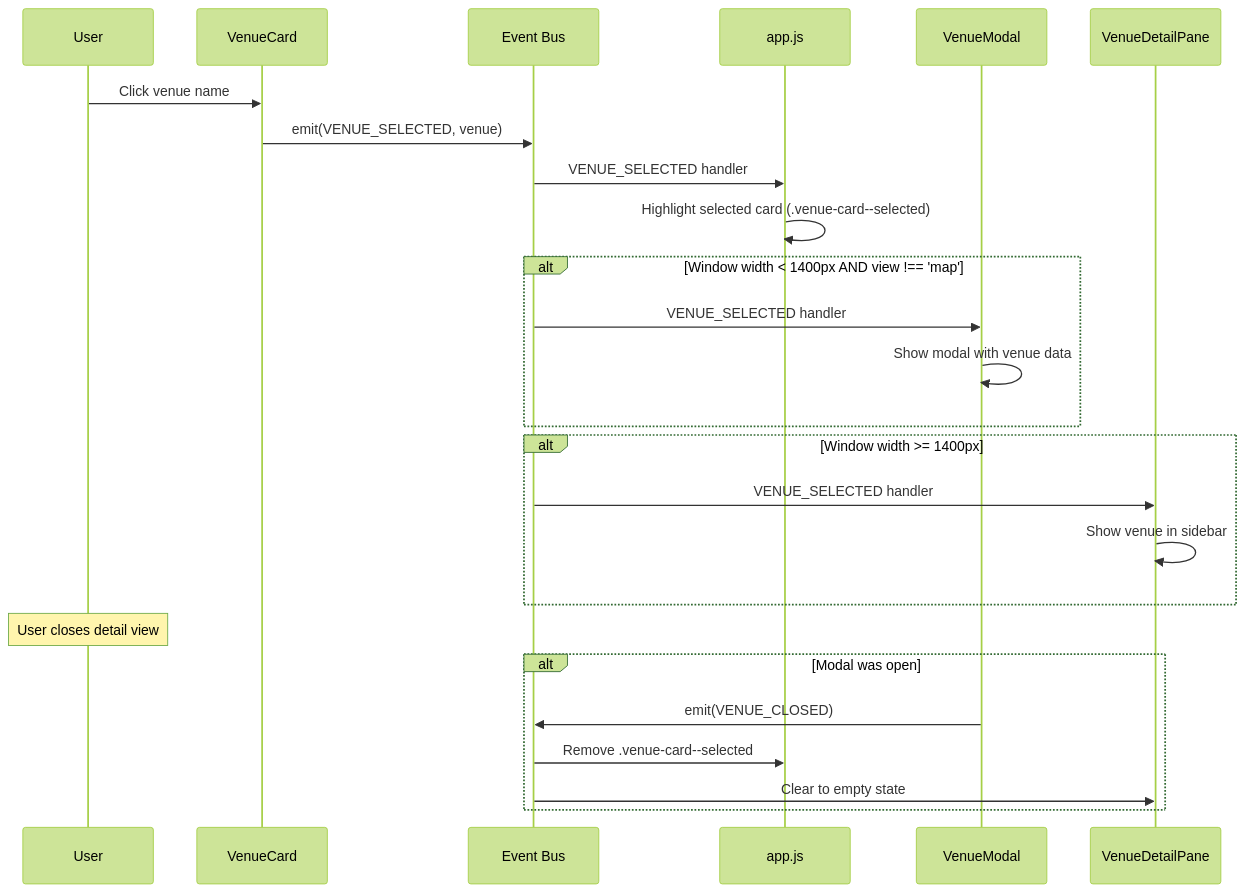
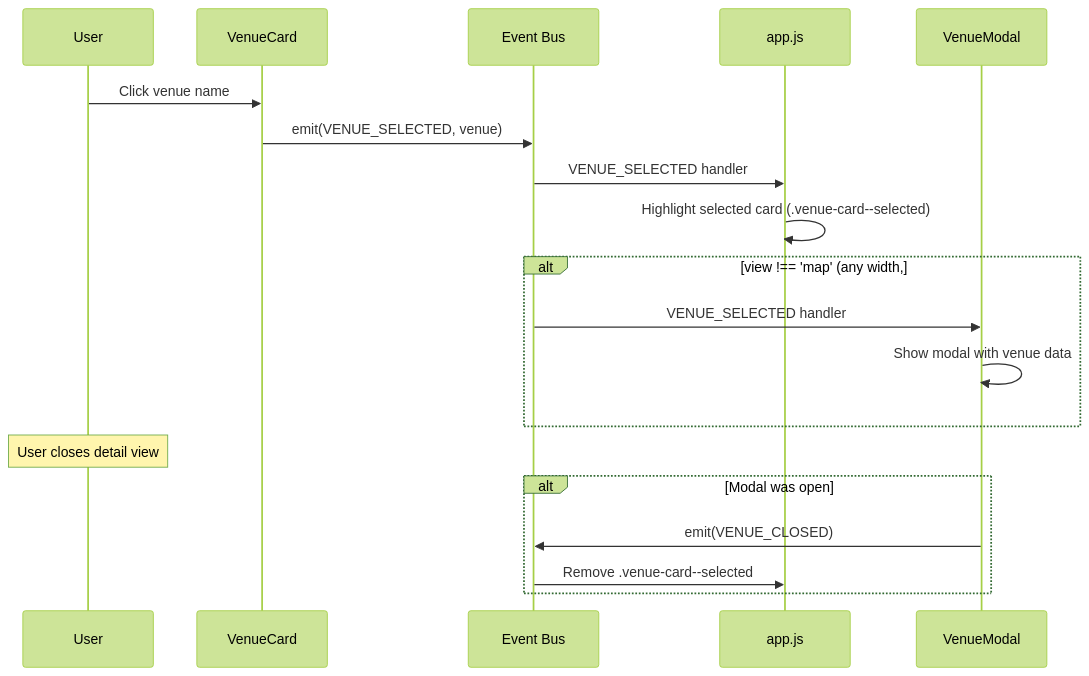
Before and after one commit to Johnesco/karaokedirectory: the fourth of 8 diagrams in docs/architecture.md, drawn with Mermaid (forest theme). The commit also changed other lines of this file and 17 other files, not shown here.

First line of the commit message:
Remove the 1400px breakpoint and the desktop detail pane (#368)

````diff
--- a/docs/architecture.md
+++ b/docs/architecture.md
@@ -336,33 +321,26 @@
 ```mermaid
 sequenceDiagram
     participant User
     participant VenueCard
     participant EventBus as Event Bus
     participant app.js
     participant VenueModal
-    participant VenueDetailPane
 
     User->>VenueCard: Click venue name
     VenueCard->>EventBus: emit(VENUE_SELECTED, venue)
 
     EventBus->>app.js: VENUE_SELECTED handler
     app.js->>app.js: Highlight selected card (.venue-card--selected)
 
-    alt Window width < 1400px AND view !== 'map'
+    alt view !== 'map' (any width, #368)
         EventBus->>VenueModal: VENUE_SELECTED handler
         VenueModal->>VenueModal: Show modal with venue data
-    end
-
-    alt Window width >= 1400px
-        EventBus->>VenueDetailPane: VENUE_SELECTED handler
-        VenueDetailPane->>VenueDetailPane: Show venue in sidebar
     end
 
     Note over User: User closes detail view
 
     alt Modal was open
         VenueModal->>EventBus: emit(VENUE_CLOSED)
         EventBus->>app.js: Remove .venue-card--selected
-        EventBus->>VenueDetailPane: Clear to empty state
     end
 ```
````
